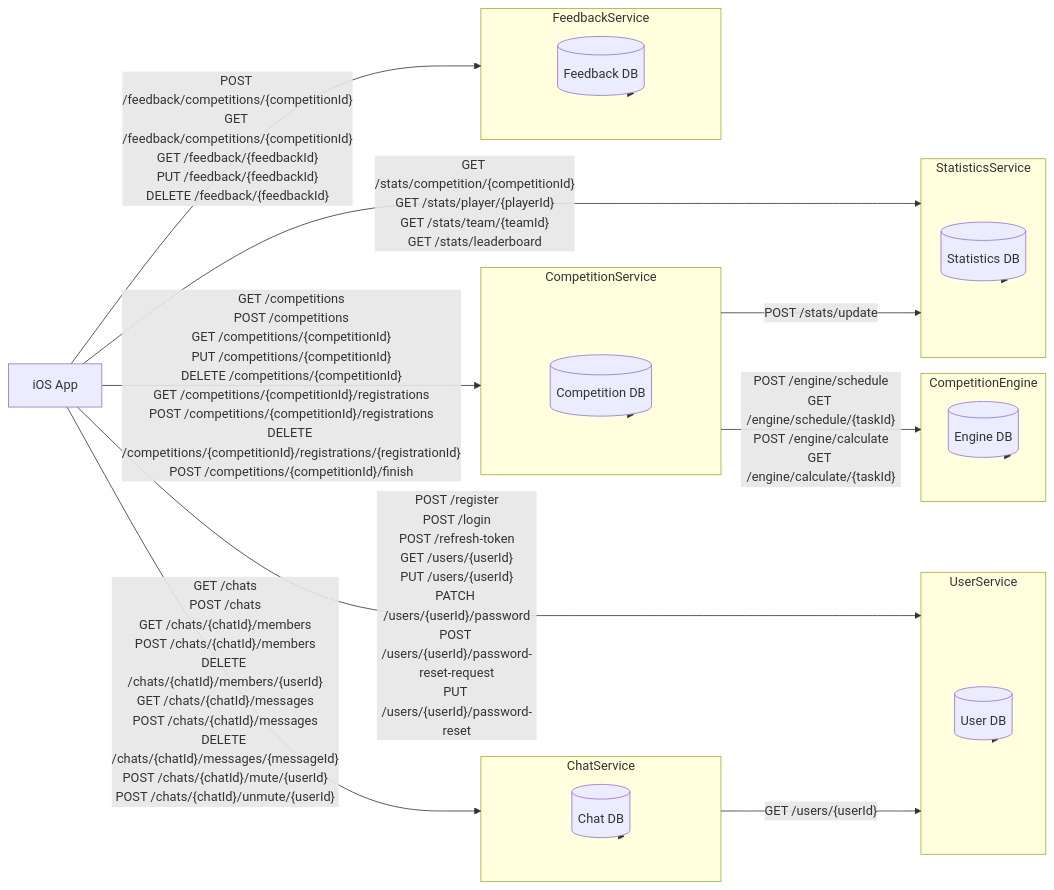
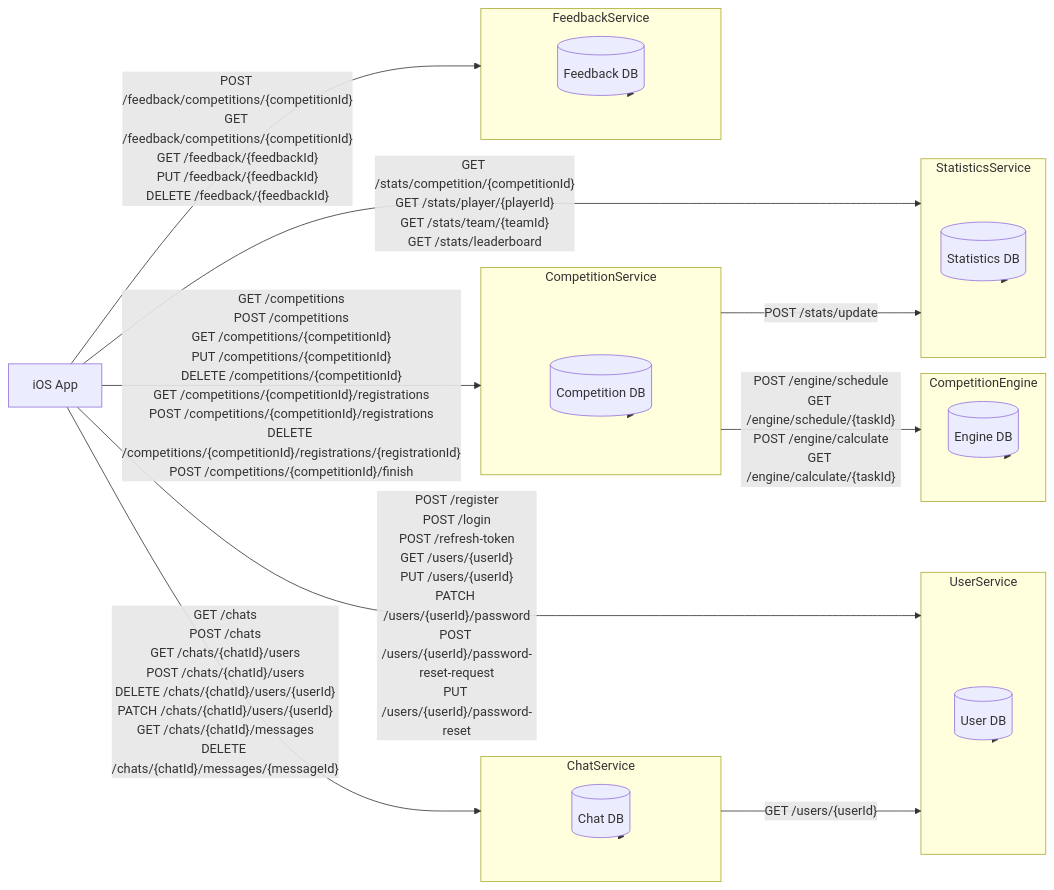
One commit to cu-drip/competition-info changed the diagram in CU-DRIP-ENDPOINTS-SCHEME.mmd. Above: the diagram before and after it, drawn with Mermaid. The commit also changed 2 other files, not shown here.

Commit message:
Chat service

```diff
--- a/CU-DRIP-ENDPOINTS-SCHEME.mmd
+++ b/CU-DRIP-ENDPOINTS-SCHEME.mmd
@@ -1,67 +1,65 @@
 flowchart LR
  subgraph UserService["UserService"]
         UserDB[("User DB")]
   end
  subgraph ChatService["ChatService"]
         ChatDB[("Chat DB")]
   end
  subgraph CompetitionService["CompetitionService"]
         CompetitionDB[("Competition DB")]
   end
  subgraph CompetitionEngine["CompetitionEngine"]
         EngineDB[("Engine DB")]
   end
  subgraph StatisticsService["StatisticsService"]
         StatisticsDB[("Statistics DB")]
   end
  subgraph FeedbackService["FeedbackService"]
         FeedbackDB[("Feedback DB")]
   end
     IOS["iOS App"] -- "POST /register
 POST /login
 POST /refresh-token
 GET /users/{userId}
 PUT /users/{userId}
 PATCH /users/{userId}/password
 POST /users/{userId}/password-reset-request
 PUT /users/{userId}/password-reset" --> UserService
     IOS -- GET /competitions
 POST /competitions
 GET /competitions/{competitionId}
 PUT /competitions/{competitionId}
 DELETE /competitions/{competitionId}
 GET /competitions/{competitionId}/registrations
 POST /competitions/{competitionId}/registrations
 DELETE /competitions/{competitionId}/registrations/{registrationId}
 POST /competitions/{competitionId}/finish --> CompetitionService
     IOS -- GET /chats
 POST /chats
-GET /chats/{chatId}/members
-POST /chats/{chatId}/members
-DELETE /chats/{chatId}/members/{userId}
+GET /chats/{chatId}/users
+POST /chats/{chatId}/users
+DELETE /chats/{chatId}/users/{userId}
+PATCH /chats/{chatId}/users/{userId}
 GET /chats/{chatId}/messages
-POST /chats/{chatId}/messages
-DELETE /chats/{chatId}/messages/{messageId}
-POST /chats/{chatId}/mute/{userId}
-POST /chats/{chatId}/unmute/{userId} --> ChatService
+DELETE /chats/{chatId}/messages/{messageId} --> ChatService
     IOS -- GET /stats/competition/{competitionId}
 GET /stats/player/{playerId}
 GET /stats/team/{teamId}
 GET /stats/leaderboard --> StatisticsService
     IOS -- POST /feedback/competitions/{competitionId}
 GET /feedback/competitions/{competitionId}
 GET /feedback/{feedbackId}
 PUT /feedback/{feedbackId}
 DELETE /feedback/{feedbackId} --> FeedbackService
     UserService --> UserDB
     ChatService --> ChatDB
     CompetitionService --> CompetitionDB
     CompetitionEngine --> EngineDB
     StatisticsService --> StatisticsDB
     FeedbackService --> FeedbackDB
     CompetitionService -- POST /engine/schedule
 GET /engine/schedule/{taskId}
 POST /engine/calculate
 GET /engine/calculate/{taskId} --> CompetitionEngine
     CompetitionService -- POST /stats/update --> StatisticsService
     ChatService -- GET /users/{userId} --> UserService
```
